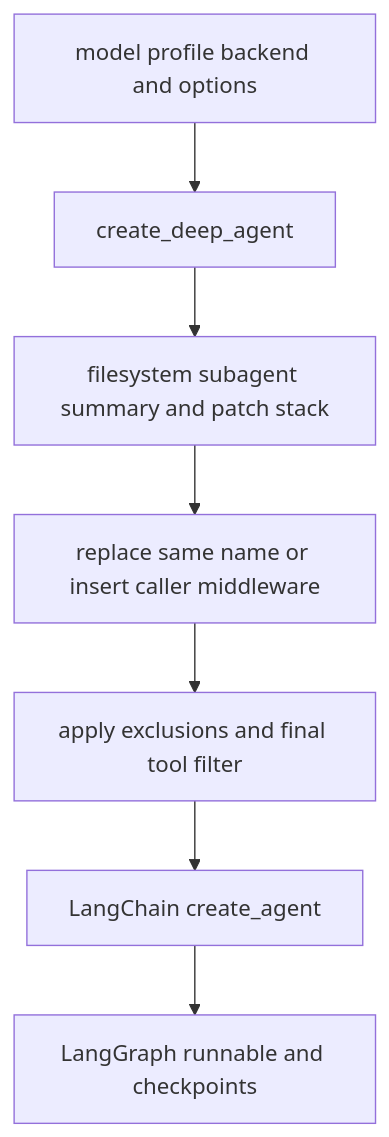
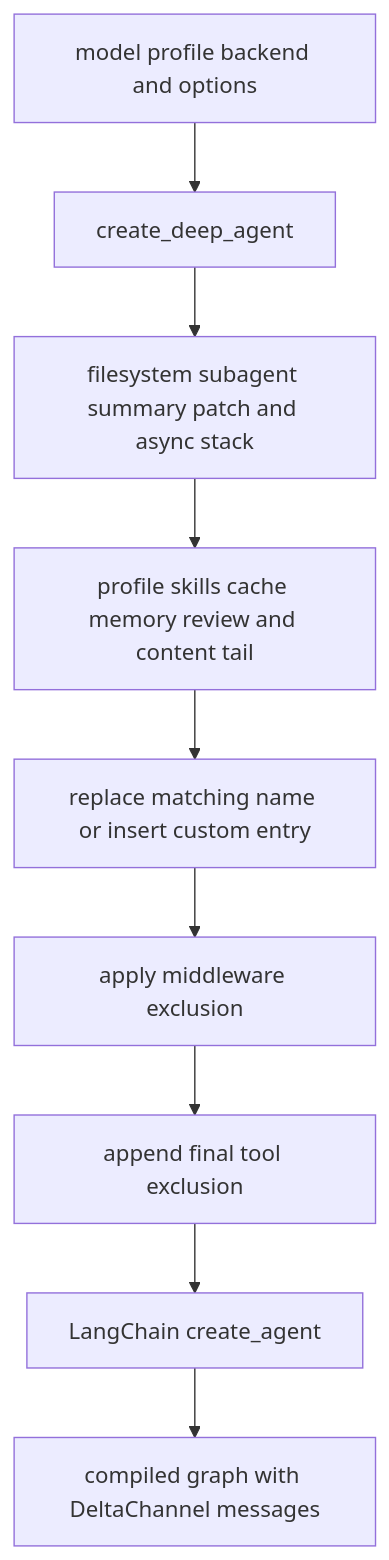
The second of 4 diagrams in openwiki/architecture/source-map.md (langchain-ai/deepagents), drawn with Mermaid before and after one commit. The commit also changed other lines of this file and 34 other files, not shown here.

````diff
--- a/openwiki/architecture/source-map.md
+++ b/openwiki/architecture/source-map.md
@@ -76,9 +79,11 @@
 ```mermaid
 flowchart TD
-  Config["model profile backend and options"] --> Assemble["create_deep_agent"]
-  Assemble --> Core["filesystem subagent summary and patch stack"]
-  Core --> Merge["replace same name or insert caller middleware"]
-  Merge --> Filter["apply exclusions and final tool filter"]
+  Inputs["model profile backend and options"] --> Assemble["create_deep_agent"]
+  Assemble --> Core["filesystem subagent summary patch and async stack"]
+  Core --> Tail["profile skills cache memory review and content tail"]
+  Tail --> Merge["replace matching name or insert custom entry"]
+  Merge --> Exclude["apply middleware exclusion"]
+  Exclude --> Filter["append final tool exclusion"]
   Filter --> Agent["LangChain create_agent"]
-  Agent --> Graph["LangGraph runnable and checkpoints"]
+  Agent --> Graph["compiled graph with DeltaChannel messages"]
 ```
````
